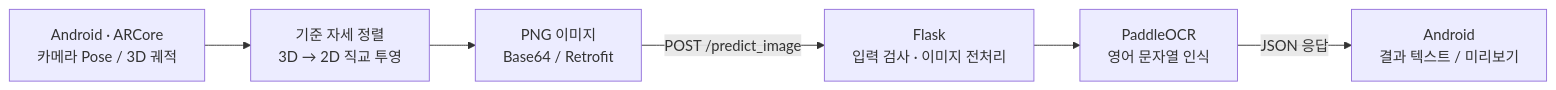
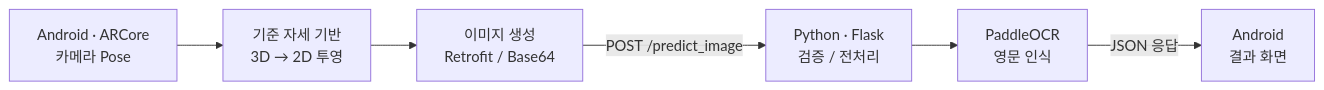
One commit to scr08212/air-drawing changed the diagram in README.md. Above: the diagram before and after it, drawn with Mermaid. The commit also changed other lines of this file, not shown here.

````diff
--- a/README.md
+++ b/README.md
@@ -62,8 +55,8 @@
 ```mermaid
 flowchart LR
-    A["Android · ARCore<br/>카메라 Pose / 3D 궤적"] --> B["기준 자세 정렬<br/>3D → 2D 직교 투영"]
-    B --> C["PNG 이미지<br/>Base64 / Retrofit"]
-    C -->|"POST /predict_image"| D["Flask<br/>입력 검사 · 이미지 전처리"]
-    D --> E["PaddleOCR<br/>영어 문자열 인식"]
-    E -->|"JSON 응답"| F["Android<br/>결과 텍스트 / 미리보기"]
+    A["Android · ARCore<br/>카메라 Pose"] --> B["기준 자세 기반<br/>3D → 2D 투영"]
+    B --> C["이미지 생성<br/>Retrofit / Base64"]
+    C -->|"POST /predict_image"| D["Python · Flask<br/>검증 / 전처리"]
+    D --> E["PaddleOCR<br/>영문 인식"]
+    E -->|"JSON 응답"| F["Android<br/>결과 화면"]
 ```
````
